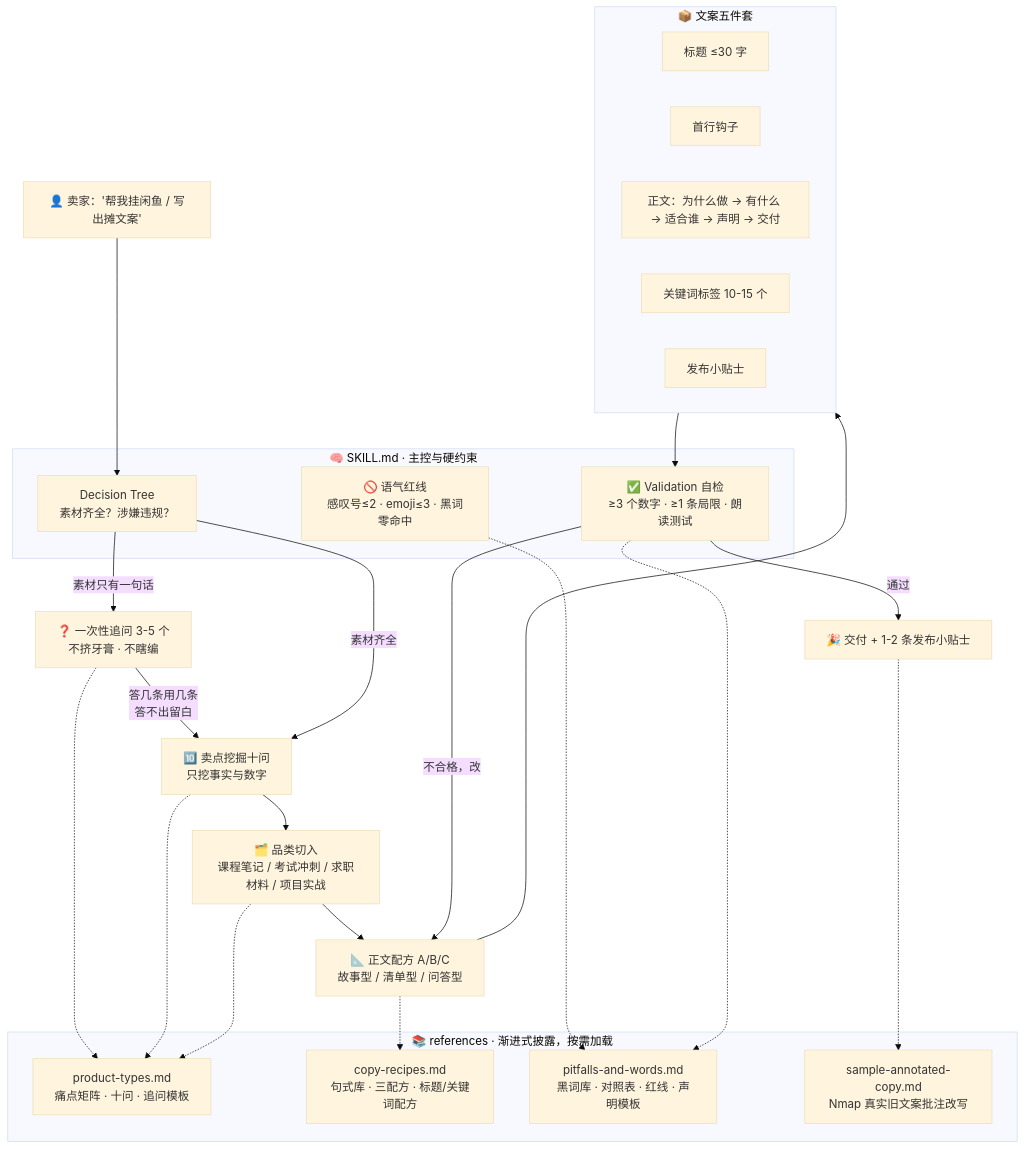
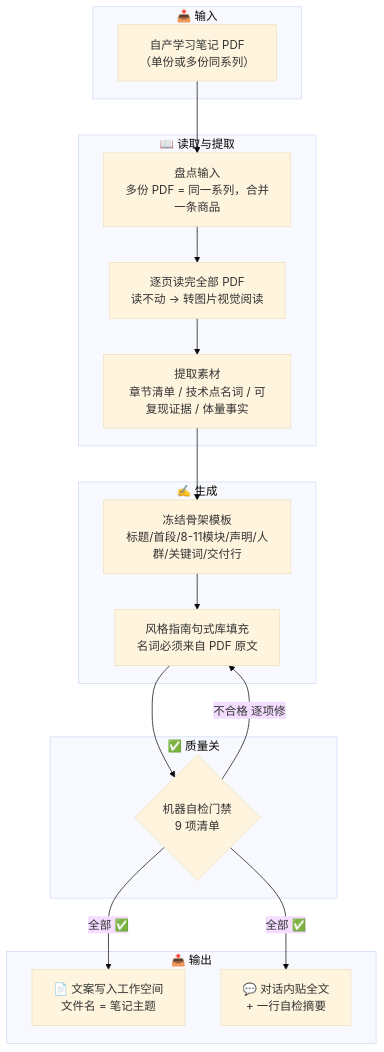
Before and after one commit to WeatherCore/xianyu-copywriting: the diagram in README.md, drawn with Mermaid (base theme). The commit also changed other lines of this file, not shown here.

````diff
--- a/README.md
+++ b/README.md
@@ -45,46 +48,31 @@
 ```mermaid
 flowchart TB
-    U["👤 卖家：'帮我挂闲鱼 / 写出摊文案'"]
-    U --> TRIGGER
-
-    subgraph CTRL ["🧠 SKILL.md · 主控与硬约束"]
-        TRIGGER["Decision Tree<br/>素材齐全？涉嫌违规？"]
-        RED["🚫 语气红线<br/>感叹号≤2 · emoji≤3 · 黑词零命中"]
-        VAL["✅ Validation 自检<br/>≥3 个数字 · ≥1 条局限 · 朗读测试"]
+    subgraph 输入["📥 输入"]
+        PDF["自产学习笔记 PDF<br/>（单份或多份同系列）"]
     end
 
-    TRIGGER -->|"素材只有一句话"| ASK["❓ 一次性追问 3-5 个<br/>不挤牙膏 · 不瞎编"]
-    ASK -->|"答几条用几条<br/>答不出留白"| TEN
-    TRIGGER -->|"素材齐全"| TEN["🔟 卖点挖掘十问<br/>只挖事实与数字"]
-
-    TEN --> CAT["🗂️ 品类切入<br/>课程笔记 / 考试冲刺 / 求职材料 / 项目实战"]
-    CAT --> RECIPE["📐 正文配方 A/B/C<br/>故事型 / 清单型 / 问答型"]
-    RECIPE --> OUT
-
-    subgraph OUT ["📦 文案五件套"]
-        T["标题 ≤30 字"]
-        H["首行钩子"]
-        B["正文：为什么做 → 有什么 → 适合谁 → 声明 → 交付"]
-        K["关键词标签 10-15 个"]
-        TIP["发布小贴士"]
+    subgraph 读取["📖 读取与提取"]
+        INV["盘点输入<br/>多份 PDF = 同一系列，合并一条商品"]
+        READ["逐页读完全部 PDF<br/>读不动 → 转图片视觉阅读"]
+        EXTRACT["提取素材<br/>章节清单 / 技术点名词 / 可复现证据 / 体量事实"]
     end
 
-    OUT --> VAL
-    VAL -->|"不合格，改"| RECIPE
-    VAL -->|"通过"| DELIVER["🎉 交付 + 1-2 条发布小贴士"]
-
-    subgraph REF ["📚 references · 渐进式披露，按需加载"]
-        P1["product-types.md<br/>痛点矩阵 · 十问 · 追问模板"]
-        P2["copy-recipes.md<br/>句式库 · 三配方 · 标题/关键词配方"]
-        P3["pitfalls-and-words.md<br/>黑词库 · 对照表 · 红线 · 声明模板"]
-        P4["sample-annotated-copy.md<br/>Nmap 真实旧文案批注改写"]
+    subgraph 生成["✍️ 生成"]
+        SKELETON["冻结骨架模板<br/>标题/首段/8-11模块/声明/人群/关键词/交付行"]
+        FILL["风格指南句式库填充<br/>名词必须来自 PDF 原文"]
     end
 
-    ASK -.-> P1
-    TEN -.-> P1
-    CAT -.-> P1
-    RECIPE -.-> P2
-    RED -.-> P3
-    VAL -.-> P3
-    DELIVER -.-> P4
+    subgraph 门禁["✅ 质量关"]
+        CHECK{机器自检门禁<br/>9 项清单}
+    end
+
+    subgraph 输出["📤 输出"]
+        FILE["📄 文案写入工作空间<br/>文件名 = 笔记主题"]
+        CHAT["💬 对话内贴全文<br/>+ 一行自检摘要"]
+    end
+
+    PDF --> INV --> READ --> EXTRACT --> SKELETON --> FILL --> CHECK
+    CHECK -->|不合格 逐项修| FILL
+    CHECK -->|全部 ✅| FILE
+    CHECK -->|全部 ✅| CHAT
 ```
````
